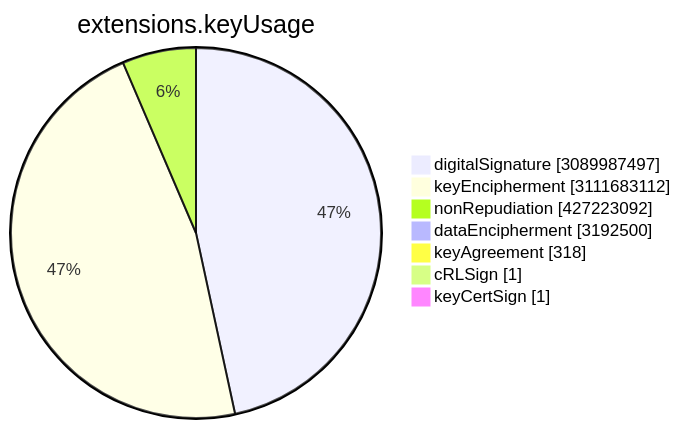
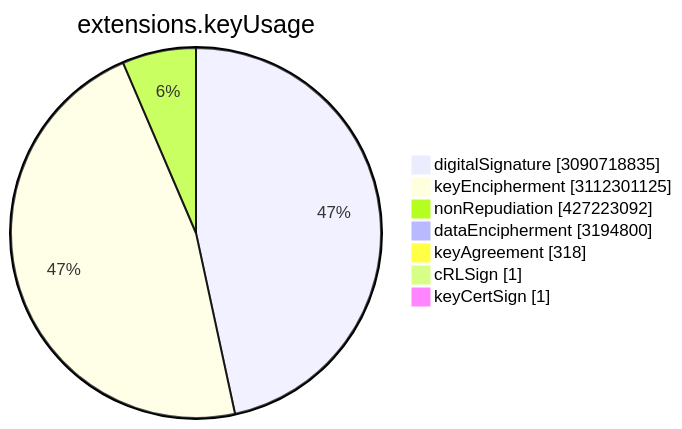
The sixth of 15 diagrams in TOTAL/README.md (christiankrug/ctmonitor_visualization), drawn with Mermaid before and after one commit. The commit also changed other lines of this file, not shown here.

````diff
--- a/TOTAL/README.md
+++ b/TOTAL/README.md
@@ -3075,11 +3075,11 @@
 ```mermaid
 pie showData
 title extensions.keyUsage
-"digitalSignature" :3089987497
-"keyEncipherment" :3111683112
+"digitalSignature" :3090718835
+"keyEncipherment" :3112301125
 "nonRepudiation" :427223092
-"dataEncipherment" :3192500
+"dataEncipherment" :3194800
 "keyAgreement" :318
 "cRLSign" :1
 "keyCertSign" :1
 ```
````
